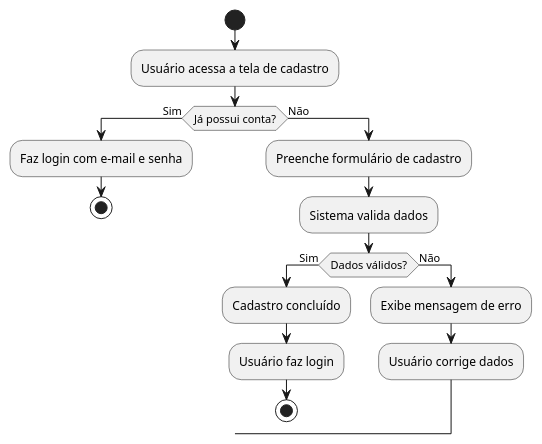
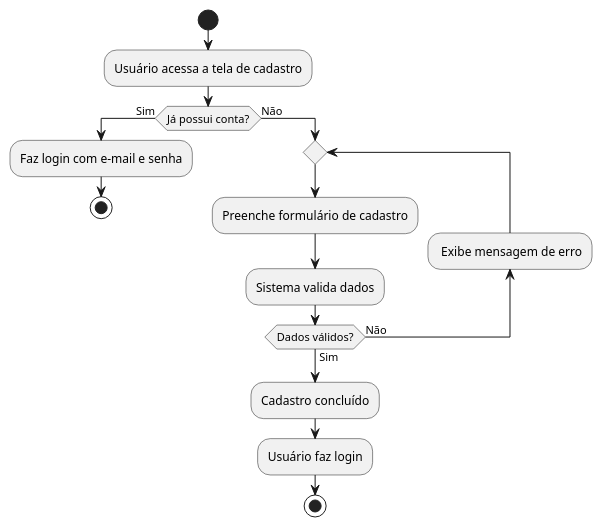
The diagram in docs/diagrams/activity/UserRegister.puml (bruflor/comercio-vizinho), drawn with PlantUML before and after one commit. The commit also changed 1 other file, not shown here.

```diff
--- a/docs/diagrams/activity/UserRegister.puml
+++ b/docs/diagrams/activity/UserRegister.puml
@@ -1,19 +1,17 @@
 @startuml
 start
 :Usuário acessa a tela de cadastro;
 if (Já possui conta?) then (Sim)
   :Faz login com e-mail e senha;
   stop
 else (Não)
+repeat
   :Preenche formulário de cadastro;
   :Sistema valida dados;
-  if (Dados válidos?) then (Sim)
+  backward: Exibe mensagem de erro;
+ repeat while (Dados válidos?) is (Não) not (Sim)
     :Cadastro concluído;
     :Usuário faz login;
     stop
-  else (Não)
-    :Exibe mensagem de erro;
-    :Usuário corrige dados;
   endif
-endif
 @enduml
```
